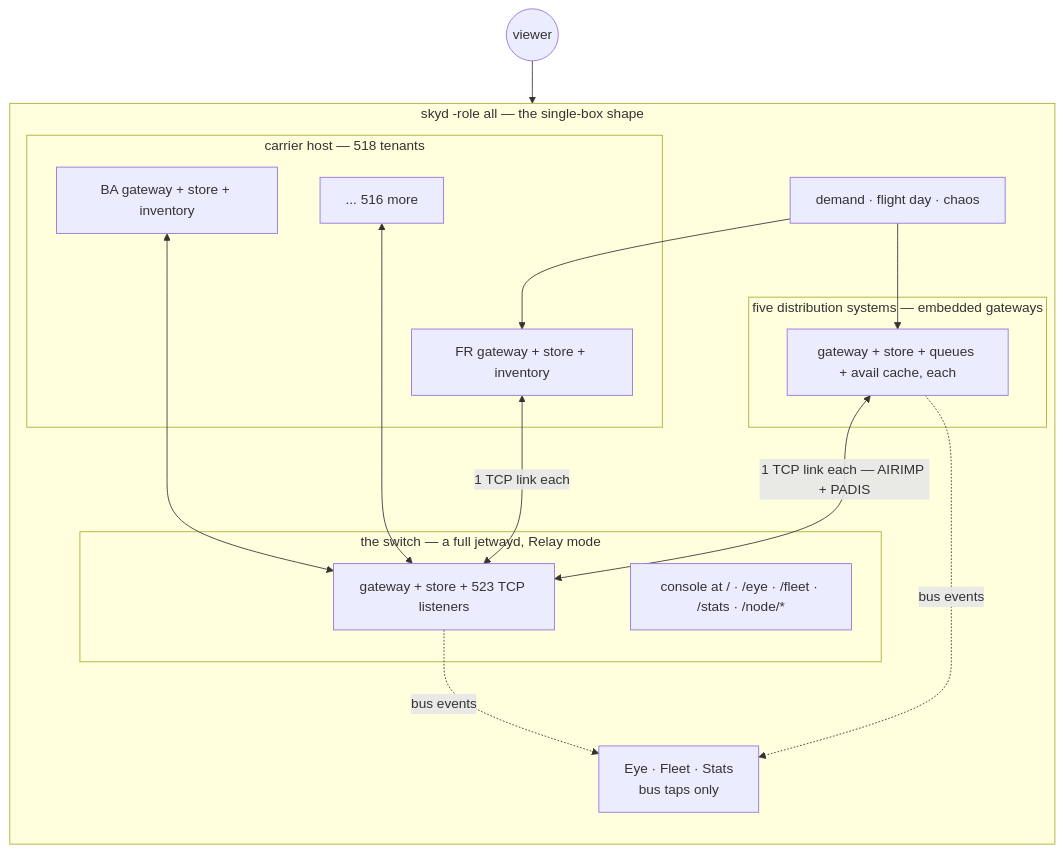
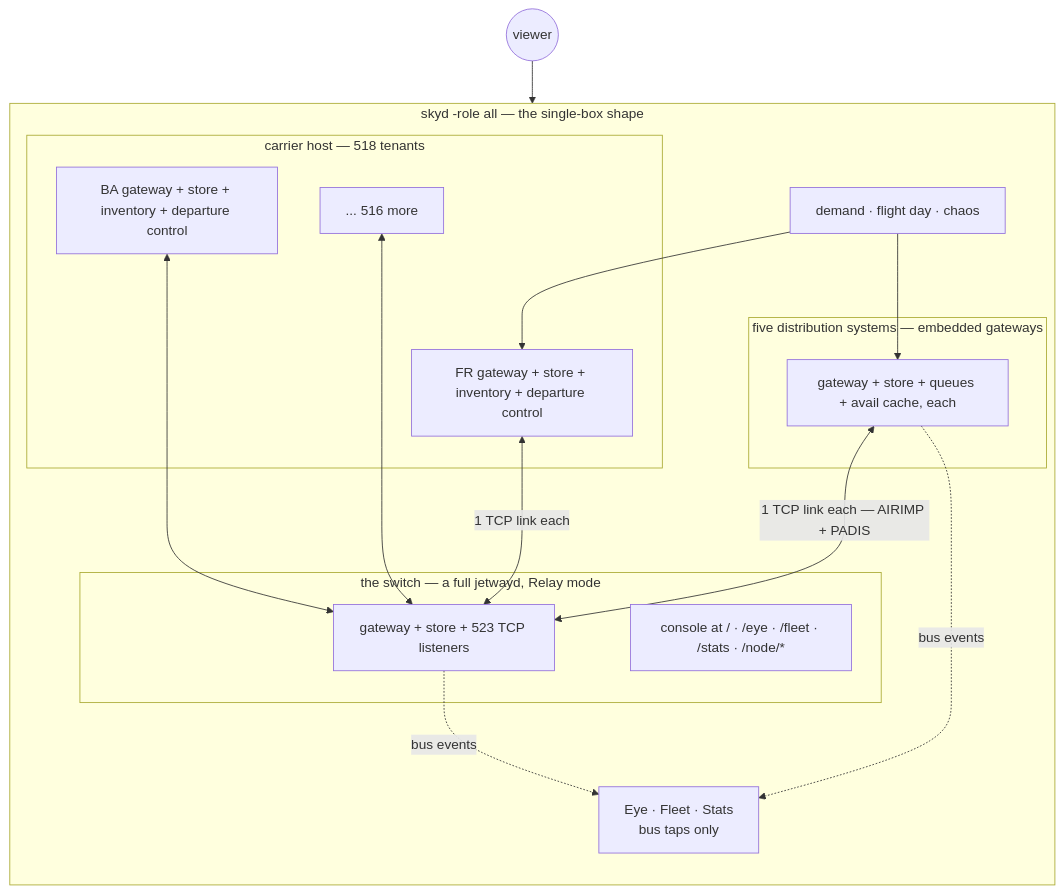
The second of 2 diagrams in README.md (adamf/wholesky), drawn with Mermaid before and after one commit. The commit also changed other lines of this file and 12 other files, not shown here.

````diff
--- a/README.md
+++ b/README.md
@@ -151,31 +154,31 @@
 ```mermaid
 flowchart TB
   subgraph skyd [skyd -role all — the single-box shape]
     direction TB
     subgraph sw [the switch — a full jetwayd, Relay mode]
       SWG[gateway + store + 523 TCP listeners]
       UI[console at / · /eye · /fleet · /stats · /node/*]
     end
     subgraph gds [five distribution systems — embedded gateways]
       G[gateway + store + queues + avail cache, each]
     end
     subgraph host [carrier host — 518 tenants]
-      T1[FR gateway + store + inventory]
-      T2[BA gateway + store + inventory]
+      T1[FR gateway + store + inventory + departure control]
+      T2[BA gateway + store + inventory + departure control]
       TN[... 516 more]
     end
     OBS[Eye · Fleet · Stats\nbus taps only]
     DRV[demand · flight day · chaos]
   end
   V((viewer))
 
   G <-- "1 TCP link each — AIRIMP + PADIS" --> SWG
   T1 <-- "1 TCP link each" --> SWG
   T2 <---> SWG
   TN <---> SWG
   SWG -. bus events .-> OBS
   G -. bus events .-> OBS
   DRV --> G
   DRV --> T1
   V --> UI
 ```
````
